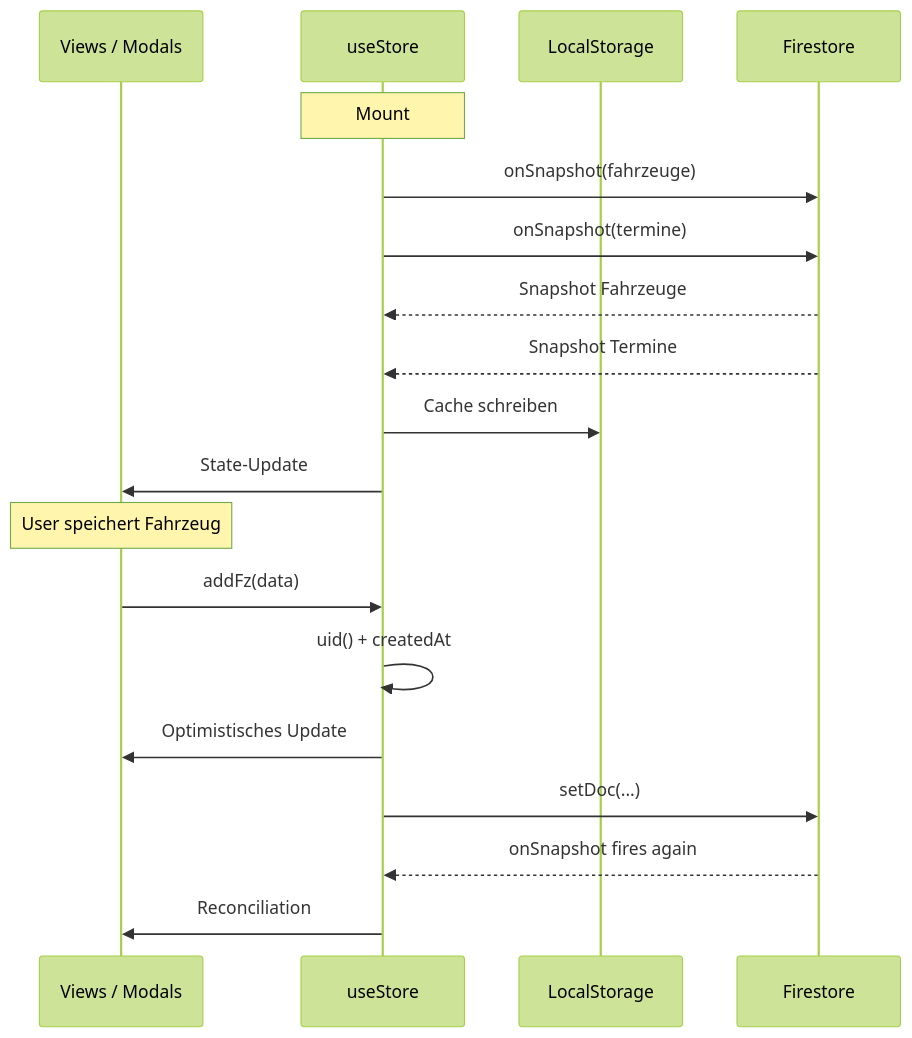
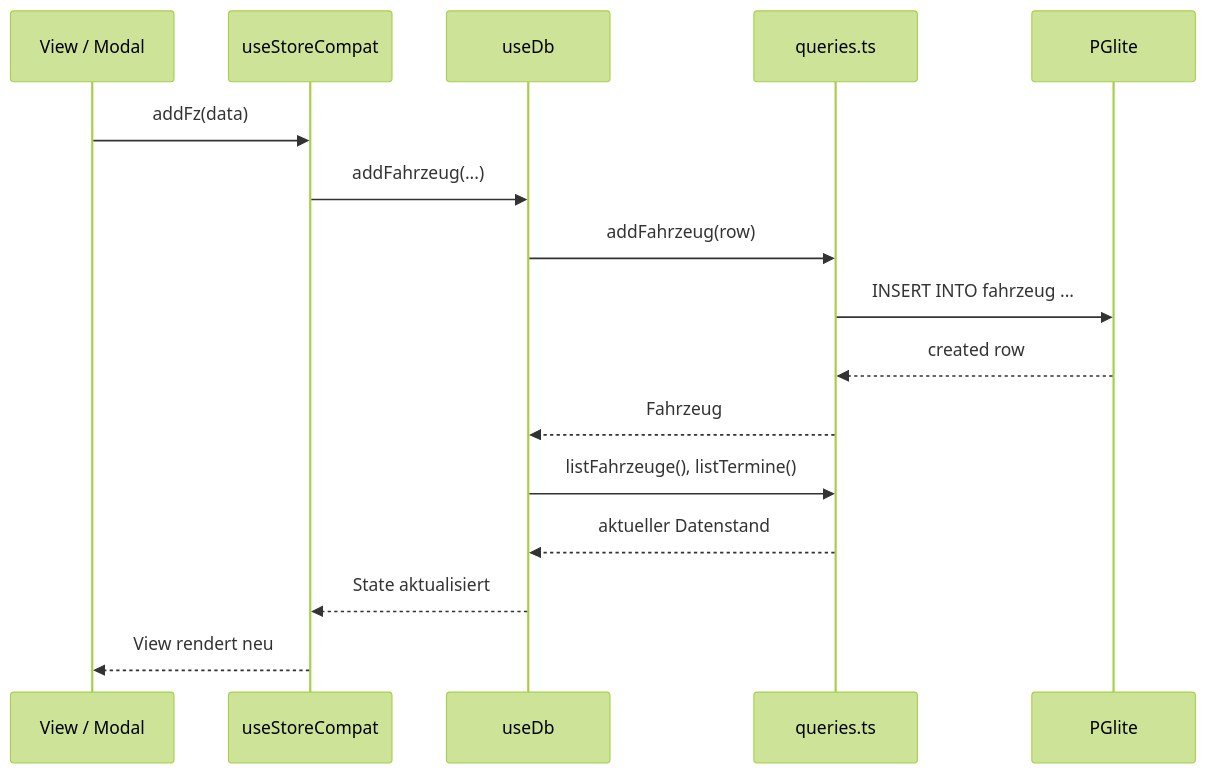
The second of 2 diagrams in docs/design.md (maroxd3/tuv-workflow-web), drawn with Mermaid (forest theme) before and after one commit. The commit also changed other lines of this file and 14 other files, not shown here.

````diff
--- a/docs/design.md
+++ b/docs/design.md
@@ -303,23 +71,19 @@
 ```mermaid
 sequenceDiagram
-  participant UI as Views / Modals
-  participant Hook as useStore
-  participant Local as LocalStorage
-  participant Cloud as Firestore
-  
-  Note over Hook: Mount
-  Hook->>Cloud: onSnapshot(fahrzeuge)
-  Hook->>Cloud: onSnapshot(termine)
-  Cloud-->>Hook: Snapshot Fahrzeuge
-  Cloud-->>Hook: Snapshot Termine
-  Hook->>Local: Cache schreiben
-  Hook->>UI: State-Update
+  participant UI as View / Modal
+  participant Compat as useStoreCompat
+  participant Hook as useDb
+  participant Repo as queries.ts
+  participant DB as PGlite
 
-  Note over UI: User speichert Fahrzeug
-  UI->>Hook: addFz(data)
-  Hook->>Hook: uid() + createdAt
-  Hook->>UI: Optimistisches Update
-  Hook->>Cloud: setDoc(...)
-  Cloud-->>Hook: onSnapshot fires again
-  Hook->>UI: Reconciliation
+  UI->>Compat: addFz(data)
+  Compat->>Hook: addFahrzeug(...)
+  Hook->>Repo: addFahrzeug(row)
+  Repo->>DB: INSERT INTO fahrzeug ...
+  DB-->>Repo: created row
+  Repo-->>Hook: Fahrzeug
+  Hook->>Repo: listFahrzeuge(), listTermine()
+  Repo-->>Hook: aktueller Datenstand
+  Hook-->>Compat: State aktualisiert
+  Compat-->>UI: View rendert neu
 ```
````
